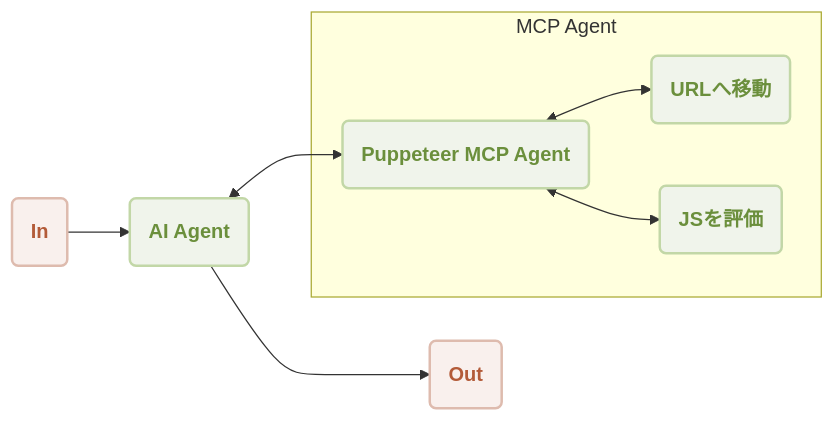
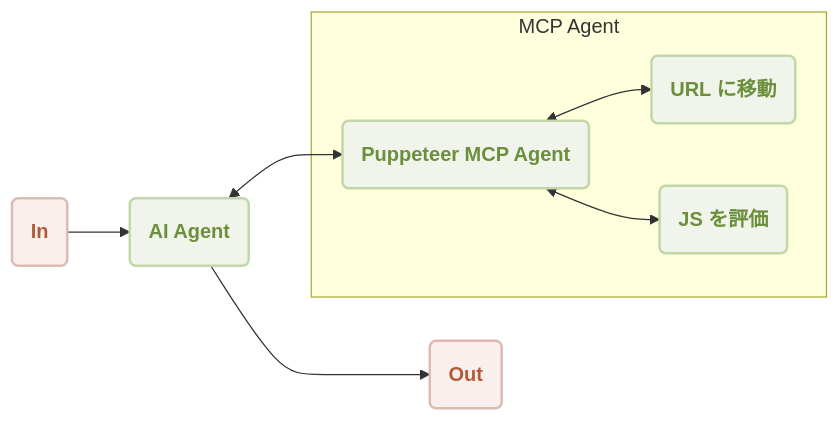
One commit to AIGNE-io/aigne-framework changed the first of 2 diagrams in .aigne/doc-smith/docs/examples-mcp-puppeteer.ja.md. Above: the diagram before and after it, drawn with Mermaid. The commit also changed other lines of this file and 82 other files, not shown here.

````diff
--- a/.aigne/doc-smith/docs/examples-mcp-puppeteer.ja.md
+++ b/.aigne/doc-smith/docs/examples-mcp-puppeteer.ja.md
@@ -15,29 +11,29 @@
 ```mermaid
 flowchart LR
 
 in(In)
 out(Out)
 agent(AI Agent)
 puppeteer(Puppeteer MCP Agent)
-navigate(URLへ移動)
-evaluate(JSを評価)
+navigate(URL に移動)
+evaluate(JS を評価)
 
 in --> agent <--> puppeteer
 
 subgraph MCP Agent
   puppeteer <--> navigate
   puppeteer <--> evaluate
 end
 
 agent --> out
 
 classDef inputOutput fill:#f9f0ed,stroke:#debbae,stroke-width:2px,color:#b35b39,font-weight:bolder;
 classDef processing fill:#F0F4EB,stroke:#C2D7A7,stroke-width:2px,color:#6B8F3C,font-weight:bolder;
 
 class in inputOutput
 class out inputOutput
 class agent processing
 class puppeteer processing
 class navigate processing
 class evaluate processing
 ```
````
